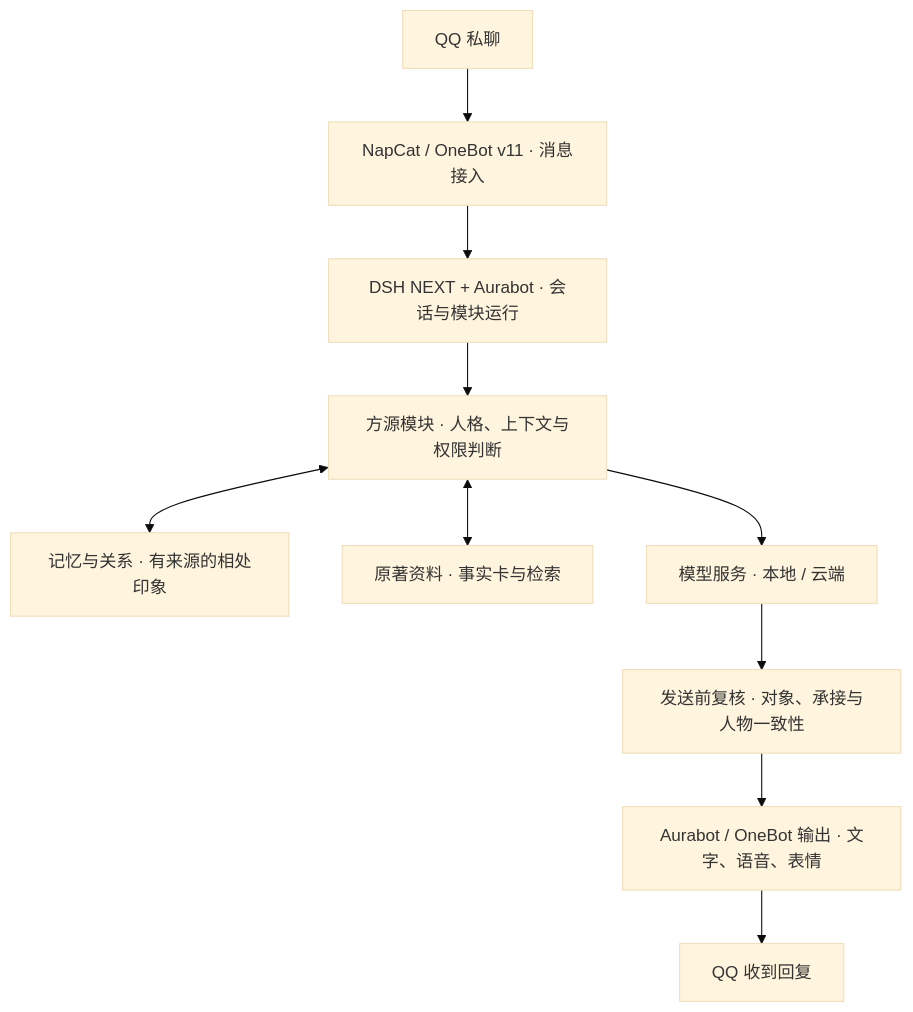
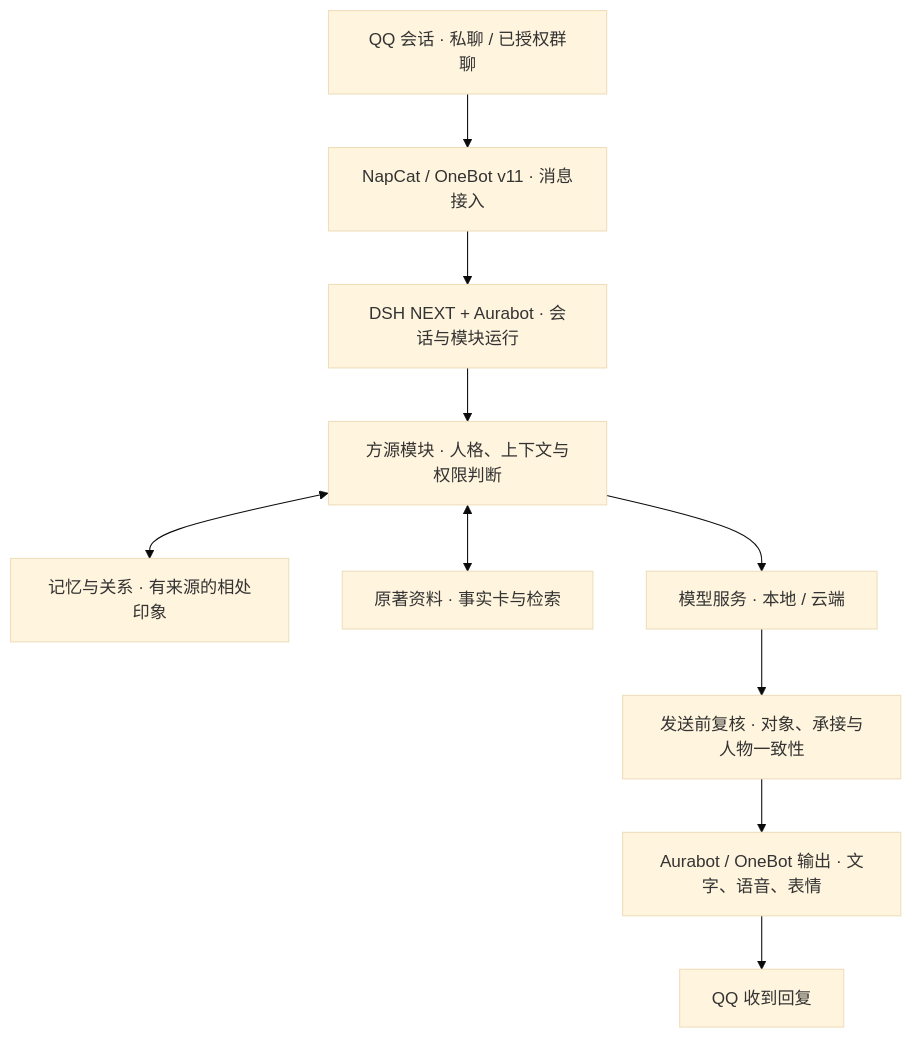
The diagram in README.md (Ming-zhishan/FangYuan), drawn with Mermaid (base theme) before and after one commit. The commit also changed other lines of this file and 3 other files, not shown here.

````diff
--- a/README.md
+++ b/README.md
@@ -42,12 +42,12 @@
 ```mermaid
 flowchart TD
-    QQ["QQ 私聊"] --> NC["NapCat / OneBot v11 · 消息接入"]
+    QQ["QQ 会话 · 私聊 / 已授权群聊"] --> NC["NapCat / OneBot v11 · 消息接入"]
     NC --> HOST["DSH NEXT + Aurabot · 会话与模块运行"]
     HOST --> FY["方源模块 · 人格、上下文与权限判断"]
     FY <--> MEM["记忆与关系 · 有来源的相处印象"]
     FY <--> LORE["原著资料 · 事实卡与检索"]
     FY --> MODEL["模型服务 · 本地 / 云端"]
     MODEL --> REVIEW["发送前复核 · 对象、承接与人物一致性"]
     REVIEW --> OUT["Aurabot / OneBot 输出 · 文字、语音、表情"]
     OUT --> QQOUT["QQ 收到回复"]
 ```
````
